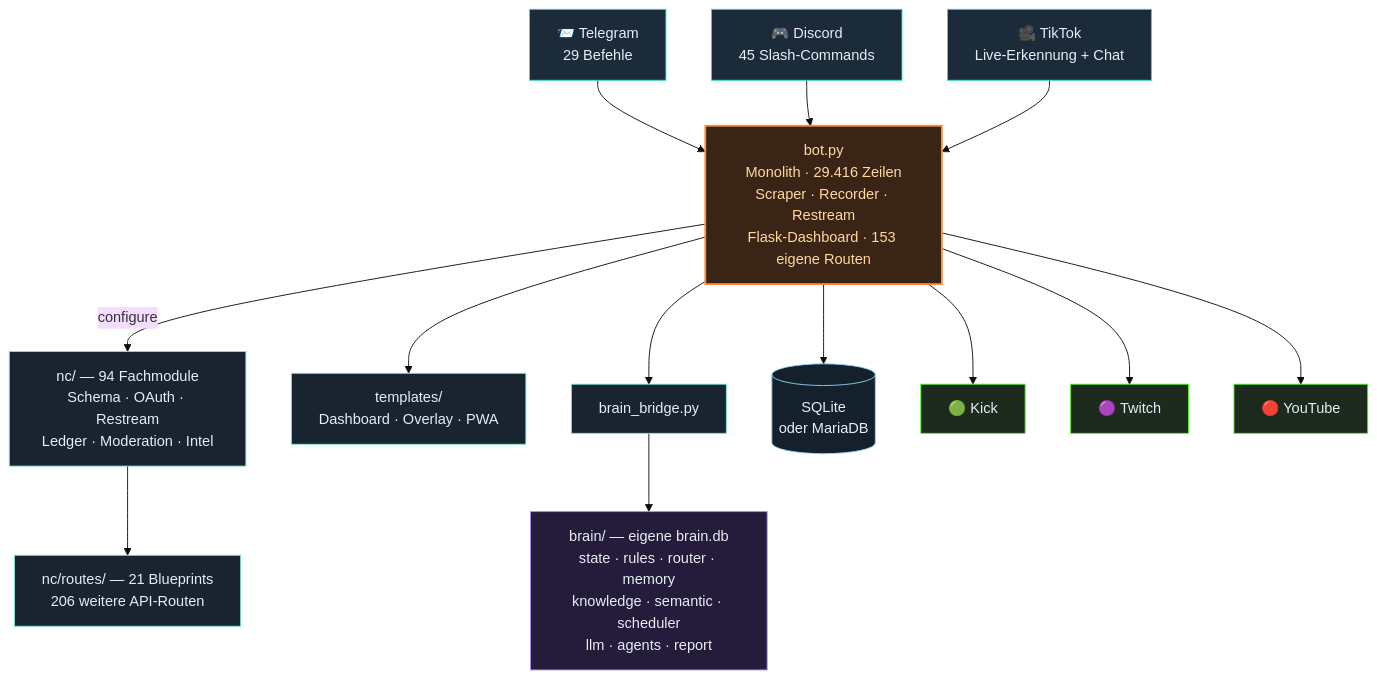
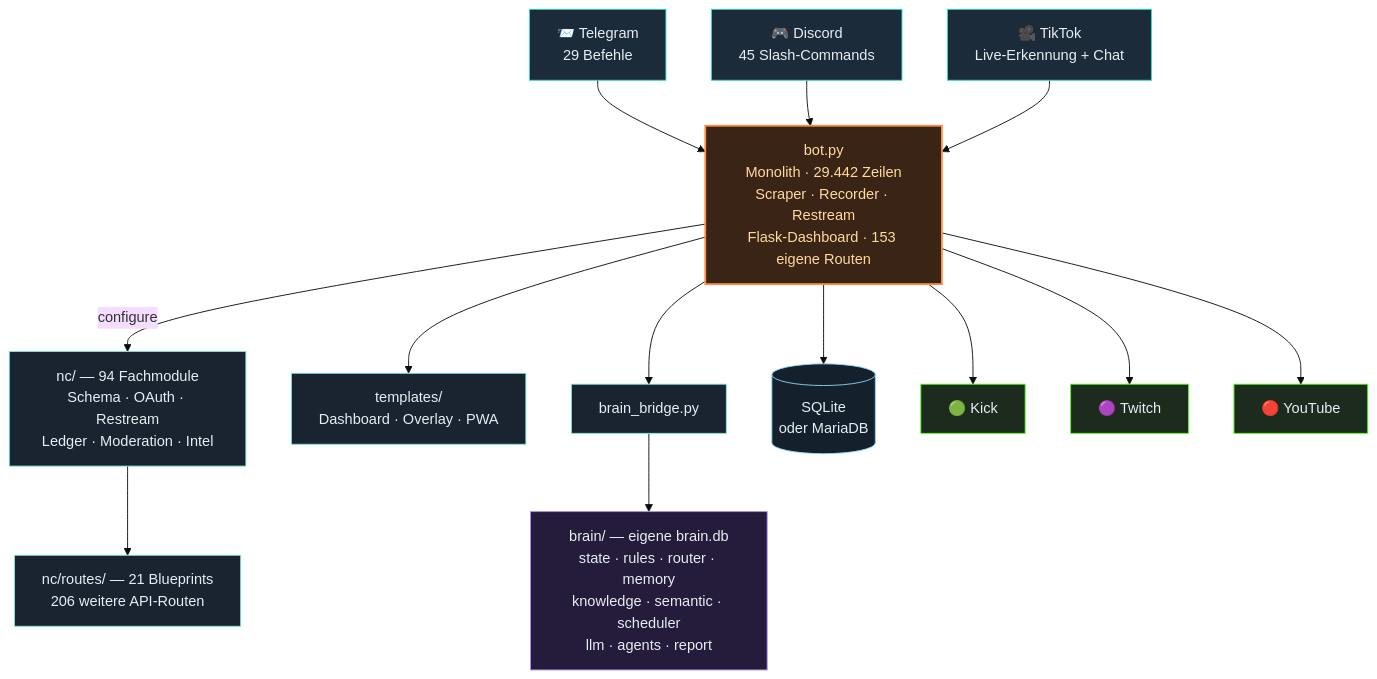
The third of 4 diagrams in README.md (itsamemedev/Telegram-Stream-Info-Bot), drawn with Mermaid (base theme) before and after one commit. The commit also changed other lines of this file and 11 other files, not shown here.

````diff
--- a/README.md
+++ b/README.md
@@ -189,30 +189,30 @@
 ```mermaid
 flowchart TB
     TG["📨 Telegram<br/>29 Befehle"]:::ein
     DC["🎮 Discord<br/>45 Slash-Commands"]:::ein
     TT["🎥 TikTok<br/>Live-Erkennung + Chat"]:::ein
 
     TG --> BOT
     DC --> BOT
     TT --> BOT
 
-    BOT["bot.py<br/>Monolith · 29.416 Zeilen<br/>Scraper · Recorder · Restream<br/>Flask-Dashboard · 153 eigene Routen"]:::core
+    BOT["bot.py<br/>Monolith · 29.442 Zeilen<br/>Scraper · Recorder · Restream<br/>Flask-Dashboard · 153 eigene Routen"]:::core
 
     BOT -->|configure| NC["nc/ — 94 Fachmodule<br/>Schema · OAuth · Restream<br/>Ledger · Moderation · Intel"]:::lib
     NC --> RT["nc/routes/ — 21 Blueprints<br/>206 weitere API-Routen"]:::lib
     BOT --> TPL["templates/<br/>Dashboard · Overlay · PWA"]:::lib
     BOT --> BR["brain_bridge.py"]:::lib
     BR --> BRAIN["brain/ — eigene brain.db<br/>state · rules · router · memory<br/>knowledge · semantic · scheduler<br/>llm · agents · report"]:::brain
     BOT --> DB[("SQLite<br/>oder MariaDB")]:::db
 
     BOT --> KICK["🟢 Kick"]:::out
     BOT --> TW["🟣 Twitch"]:::out
     BOT --> YT["🔴 YouTube"]:::out
 
     classDef ein fill:#1c2b3a,stroke:#2de1c2,color:#e6edf3
     classDef core fill:#3a2415,stroke:#ff8c42,stroke-width:2px,color:#ffd9a0
     classDef lib fill:#1a2430,stroke:#7fe7d4,color:#e6edf3
     classDef brain fill:#241c3a,stroke:#a78bfa,color:#e6edf3
     classDef db fill:#14202c,stroke:#8fd3f4,color:#e6edf3
     classDef out fill:#1c2b1e,stroke:#53fc18,color:#e6edf3
 ```
````
